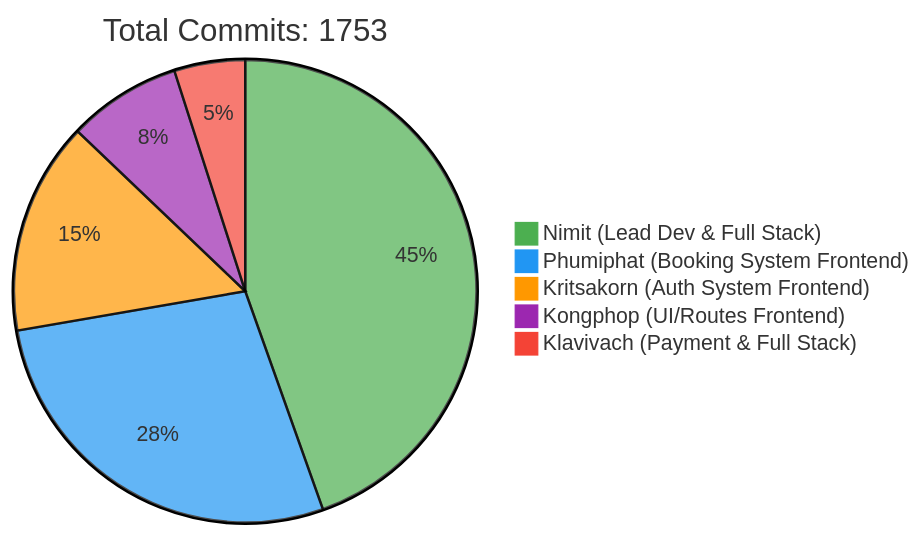
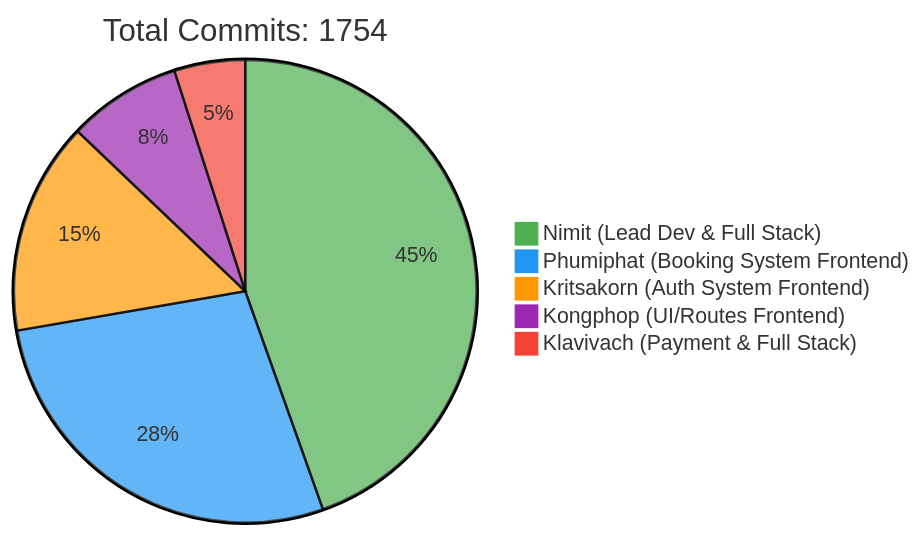
One commit to 6531503042/Sport-Complex changed the first of 2 diagrams in README.md. Above: the diagram before and after it, drawn with Mermaid. The commit also changed other lines of this file, not shown here.

Commit message:
docs: Update contributor statistics [skip ci]

````diff
--- a/README.md
+++ b/README.md
@@ -257,10 +257,10 @@
 ```mermaid
 %%{init: {'theme': 'base', 'themeVariables': { 'pie1': '#4CAF50', 'pie2': '#2196F3', 'pie3': '#FF9800', 'pie4': '#9C27B0', 'pie5': '#F44336'}}}%%
 pie
-    title Total Commits: 1753
+    title Total Commits: 1754
     "Nimit (Lead Dev & Full Stack)" : 450
     "Phumiphat (Booking System Frontend)" : 280
     "Kritsakorn (Auth System Frontend)" : 150
     "Kongphop (UI/Routes Frontend)" : 80
     "Klavivach (Payment & Full Stack)" : 50
 ```
````
